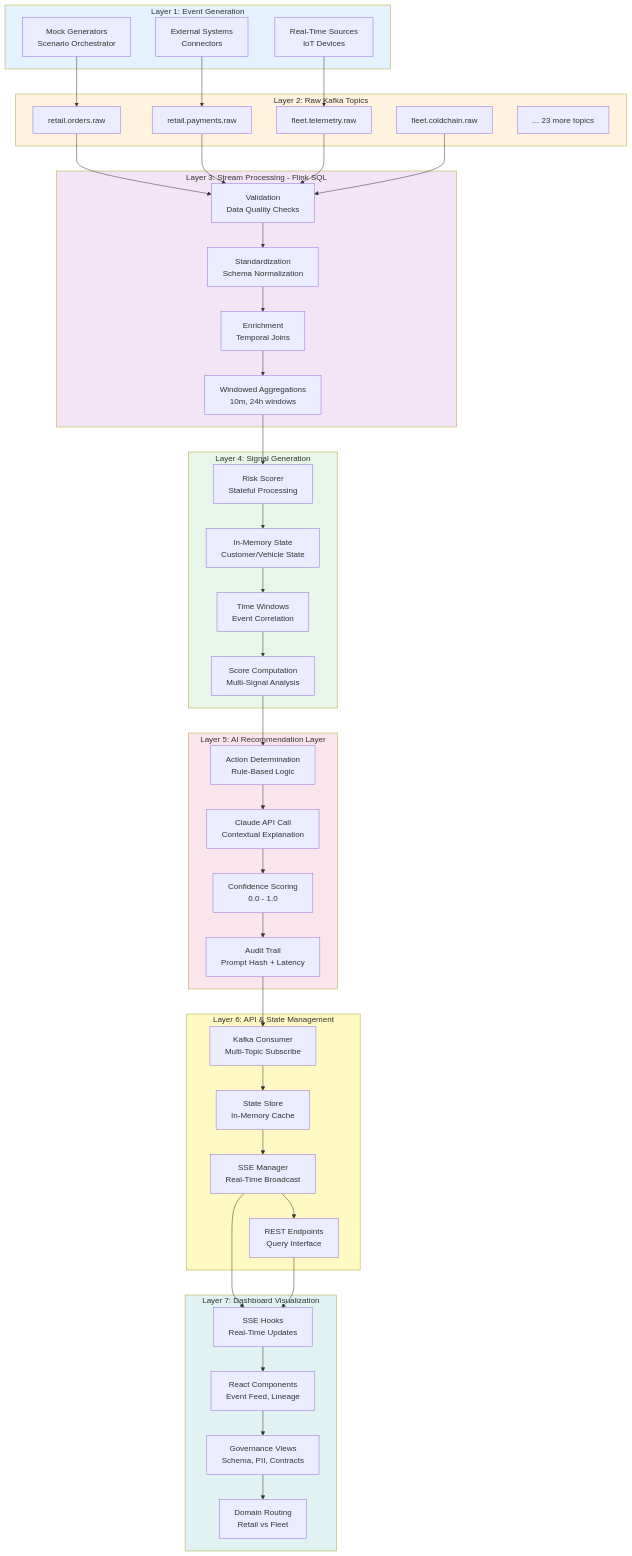
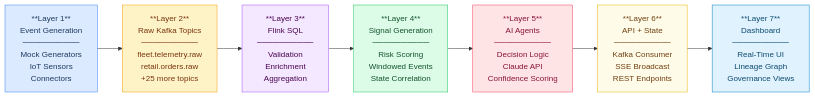
The second of 9 diagrams in README.md (iamvjperumal/control-tower-orchestra), drawn with Mermaid before and after one commit. The commit also changed other lines of this file and 14 other files, not shown here.

Commit message:
Updated Stream Lineage and Readme

````diff
--- a/README.md
+++ b/README.md
@@ -213,93 +146,20 @@
 ```mermaid
-flowchart TD
-    subgraph L1["Layer 1: Event Generation"]
-        GEN1[Mock Generators<br/>Scenario Orchestrator]
-        GEN2[External Systems<br/>Connectors]
-        GEN3[Real-Time Sources<br/>IoT Devices]
-    end
-    
-    subgraph L2["Layer 2: Raw Kafka Topics"]
-        RAW1[retail.orders.raw]
-        RAW2[retail.payments.raw]
-        RAW3[fleet.telemetry.raw]
-        RAW4[fleet.coldchain.raw]
-        RAW_MORE[... 23 more topics]
-    end
-    
-    subgraph L3["Layer 3: Stream Processing - Flink SQL"]
-        FLINK1[Validation<br/>Data Quality Checks]
-        FLINK2[Standardization<br/>Schema Normalization]
-        FLINK3[Enrichment<br/>Temporal Joins]
-        FLINK4[Windowed Aggregations<br/>10m, 24h windows]
-    end
-    
-    subgraph L4["Layer 4: Signal Generation"]
-        RISK1[Risk Scorer<br/>Stateful Processing]
-        RISK2[In-Memory State<br/>Customer/Vehicle State]
-        RISK3[Time Windows<br/>Event Correlation]
-        RISK4[Score Computation<br/>Multi-Signal Analysis]
-    end
-    
-    subgraph L5["Layer 5: AI Recommendation Layer"]
-        AI1[Action Determination<br/>Rule-Based Logic]
-        AI2[Claude API Call<br/>Contextual Explanation]
-        AI3[Confidence Scoring<br/>0.0 - 1.0]
-        AI4[Audit Trail<br/>Prompt Hash + Latency]
-    end
-    
-    subgraph L6["Layer 6: API & State Management"]
-        API1[Kafka Consumer<br/>Multi-Topic Subscribe]
-        API2[State Store<br/>In-Memory Cache]
-        API3[SSE Manager<br/>Real-Time Broadcast]
-        API4[REST Endpoints<br/>Query Interface]
-    end
-    
-    subgraph L7["Layer 7: Dashboard Visualization"]
-        DASH1[SSE Hooks<br/>Real-Time Updates]
-        DASH2[React Components<br/>Event Feed, Lineage]
-        DASH3[Governance Views<br/>Schema, PII, Contracts]
-        DASH4[Domain Routing<br/>Retail vs Fleet]
-    end
-    
-    GEN1 --> RAW1
-    GEN2 --> RAW2
-    GEN3 --> RAW3
-    
-    RAW1 --> FLINK1
-    RAW2 --> FLINK1
-    RAW3 --> FLINK1
-    RAW4 --> FLINK1
-    
-    FLINK1 --> FLINK2
-    FLINK2 --> FLINK3
-    FLINK3 --> FLINK4
-    
-    FLINK4 --> RISK1
-    RISK1 --> RISK2
-    RISK2 --> RISK3
-    RISK3 --> RISK4
-    
-    RISK4 --> AI1
-    AI1 --> AI2
-    AI2 --> AI3
-    AI3 --> AI4
-    
-    AI4 --> API1
-    API1 --> API2
-    API2 --> API3
-    API3 --> API4
-    
-    API3 --> DASH1
-    API4 --> DASH1
-    DASH1 --> DASH2
-    DASH2 --> DASH3
-    DASH3 --> DASH4
-    
-    style L1 fill:#e3f2fd
-    style L2 fill:#fff3e0
-    style L3 fill:#f3e5f5
-    style L4 fill:#e8f5e9
-    style L5 fill:#fce4ec
-    style L6 fill:#fff9c4
-    style L7 fill:#e0f2f1
+flowchart LR
+    L1["**Layer 1**<br/>Event Generation<br/>──────────<br/>Mock Generators<br/>IoT Sensors<br/>Connectors"]
+    L2["**Layer 2**<br/>Raw Kafka Topics<br/>──────────<br/>fleet.telemetry.raw<br/>retail.orders.raw<br/>+25 more topics"]
+    L3["**Layer 3**<br/>Flink SQL<br/>──────────<br/>Validation<br/>Enrichment<br/>Aggregation"]
+    L4["**Layer 4**<br/>Signal Generation<br/>──────────<br/>Risk Scoring<br/>Windowed Events<br/>State Correlation"]
+    L5["**Layer 5**<br/>AI Agents<br/>──────────<br/>Decision Logic<br/>Claude API<br/>Confidence Scoring"]
+    L6["**Layer 6**<br/>API + State<br/>──────────<br/>Kafka Consumer<br/>SSE Broadcast<br/>REST Endpoints"]
+    L7["**Layer 7**<br/>Dashboard<br/>──────────<br/>Real-Time UI<br/>Lineage Graph<br/>Governance Views"]
+
+    L1 --> L2 --> L3 --> L4 --> L5 --> L6 --> L7
+
+    style L1 fill:#dbeafe,stroke:#3b82f6,stroke-width:1px,color:#1e3a5f
+    style L2 fill:#fef3c7,stroke:#f59e0b,stroke-width:1px,color:#78350f
+    style L3 fill:#f3e8ff,stroke:#a855f7,stroke-width:1px,color:#4a044e
+    style L4 fill:#dcfce7,stroke:#22c55e,stroke-width:1px,color:#14532d
+    style L5 fill:#ffe4e6,stroke:#f43f5e,stroke-width:1px,color:#881337
+    style L6 fill:#fefce8,stroke:#eab308,stroke-width:1px,color:#713f12
+    style L7 fill:#e0f2fe,stroke:#0284c7,stroke-width:1px,color:#0c4a6e
 ```
````
